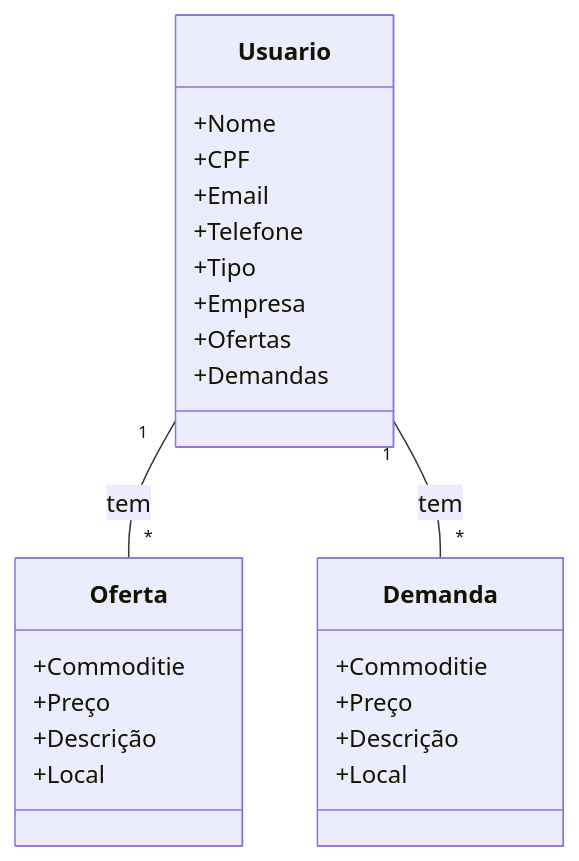
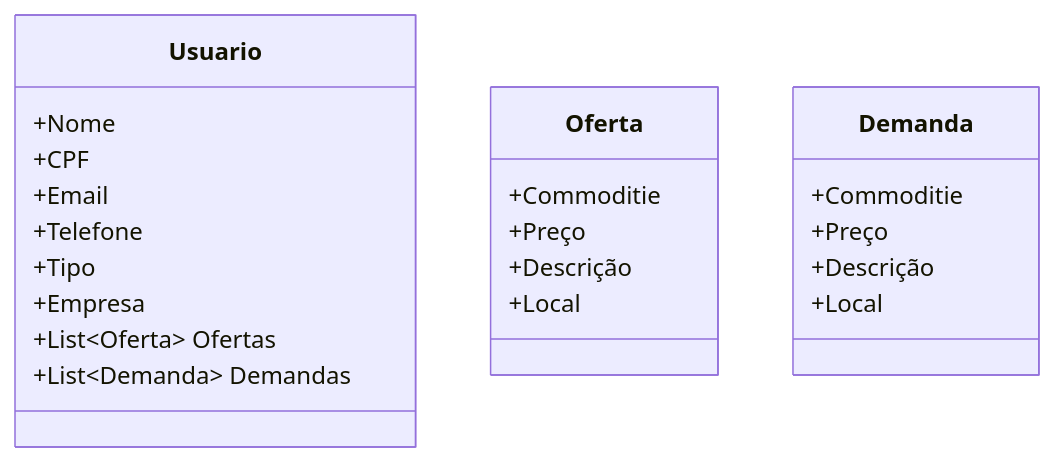
One commit to led-21/grainbroker changed the diagram in README.md. Above: the diagram before and after it, drawn with Mermaid.

````diff
--- a/README.md
+++ b/README.md
@@ -3,21 +3,19 @@
 ```mermaid
 classDiagram
     Usuario : +Nome
     Usuario : +CPF
     Usuario : +Email
     Usuario : +Telefone
     Usuario : +Tipo
     Usuario : +Empresa
-    Usuario : +Ofertas
-    Usuario : +Demandas
-    Usuario "1" -- "*" Oferta : tem
-    Usuario "1" -- "*" Demanda : tem
+    Usuario : +List~Oferta~ Ofertas
+    Usuario : +List~Demanda~ Demandas
     Oferta : +Commoditie
     Oferta : +Preço
     Oferta : +Descrição
     Oferta : +Local
     Demanda : +Commoditie
     Demanda : +Preço
     Demanda : +Descrição
     Demanda : +Local
 ```
````
